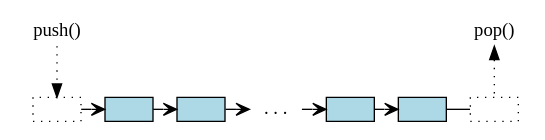
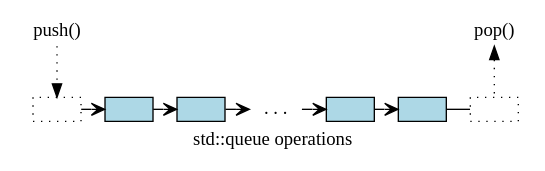
Before and after one commit to DaveParillo/intermediate-cpp: the tenth of 10 diagrams in _sources/containers/sequence-containers.rst, drawn with Graphviz. The commit also changed other lines of this file, not shown here.

Commit message:
refactored diagrams, added footnotes

```diff
--- a/_sources/containers/sequence-containers.rst
+++ b/_sources/containers/sequence-containers.rst
@@ -716,24 +784,29 @@
 .. graphviz::
+   :alt: std::queue operations
 
    // shows push and pop, enqueue / dequeue
    digraph g {
+       graph [
+          labelloc=b;
+          label="std::queue operations";
+       ];
        node [fontname = "Bitstream Vera Sans", fontsize=14,
              style=filled, fillcolor=lightblue,
              shape=box, width=0.5, height=.25, label=""];
 
 
        o,z [style=dotted];
        a,b,d,e;
        node [style=none];
        c [label=". . .", color=white];
 
        back [shape=none, label="push()"];
        front [shape=none, label="pop()"];
 
        o -> a -> b -> c -> d -> e [ arrowhead=vee];
        e -> z [ arrowhead=none];
        back -> o [style=dotted];
        front -> z [style=dotted, dir=back];
 
        {rank=sink; o a b c d e z}
    }
```
